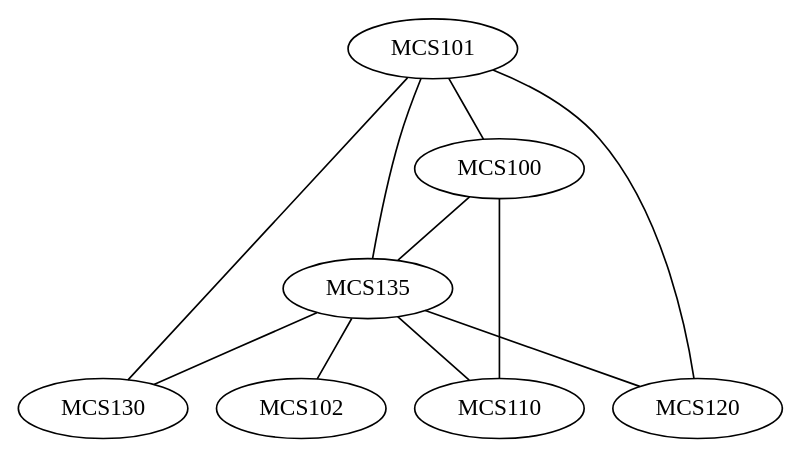
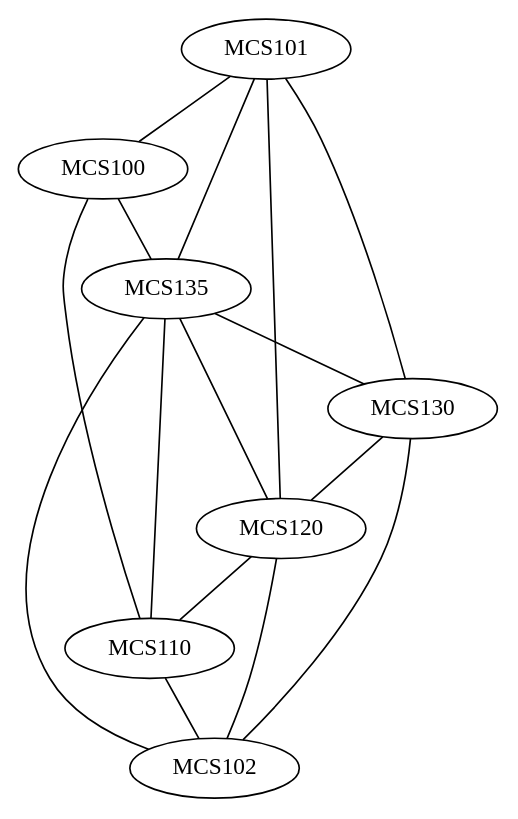
The diagram in CSDS 302 - Discrete Math/HW/9.md (tnichols217/notes), drawn with Graphviz before and after one commit.

Commit message:
vault backup: 2024-01-28 21:44:40

````diff
--- a/CSDS 302 - Discrete Math/HW/9.md
+++ b/CSDS 302 - Discrete Math/HW/9.md
@@ -22,8 +22,10 @@
 ```dot
 graph{
 	MCS101--{MCS100 MCS135 MCS130 MCS120}
 	MCS100--{MCS110 MCS135}
 	MCS135--{MCS130 MCS120 MCS110 MCS102}
-	MCS130--{}
+	MCS130--{MCS120 MCS102}
+	MCS120--{MCS110 MCS102}
+	MCS110--MCS102
 }
 ```
````
